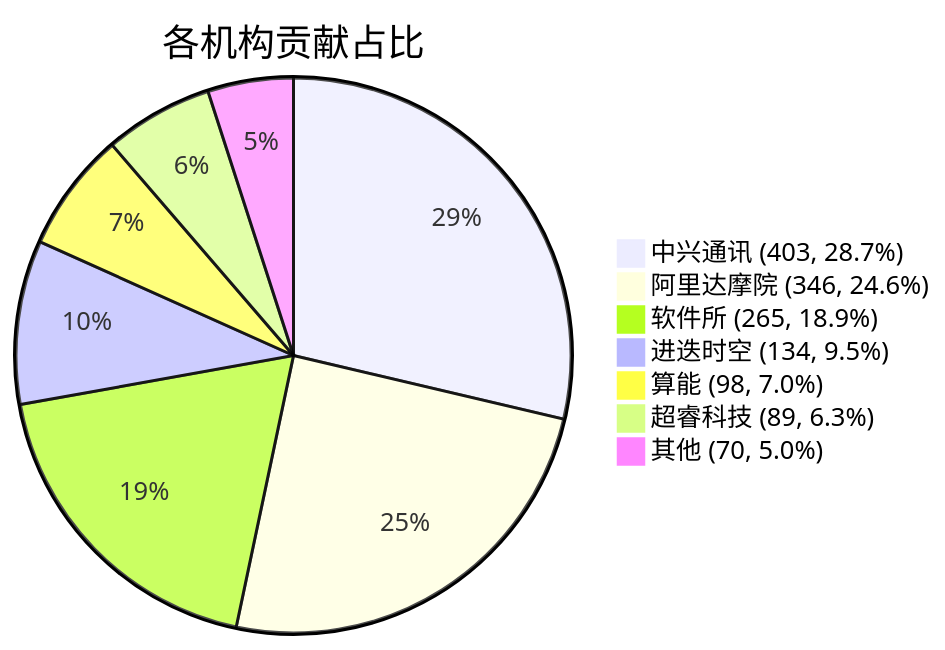
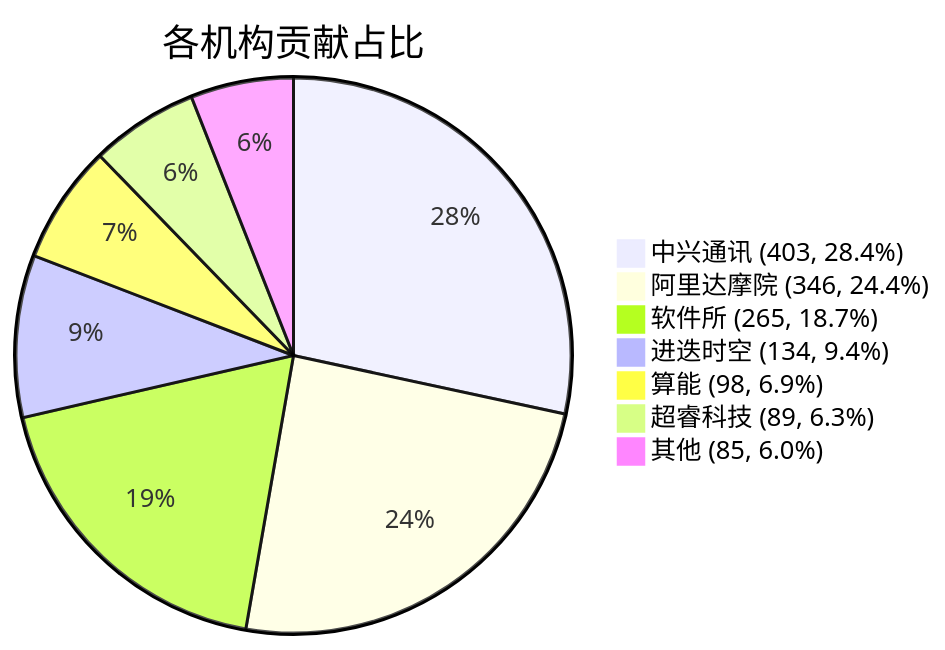
The diagram in docs/index.md (RVCK-Project/rvck), drawn with Mermaid before and after one commit. The commit also changed other lines of this file and 21 other files, not shown here.

````diff
--- a/docs/index.md
+++ b/docs/index.md
@@ -39,10 +39,10 @@
 ```mermaid
 pie title 各机构贡献占比
-    "中兴通讯 (403, 28.7%)" : 403
-    "阿里达摩院 (346, 24.6%)" : 346
-    "软件所 (265, 18.9%)" : 265
-    "进迭时空 (134, 9.5%)" : 134
-    "算能 (98, 7.0%)" : 98
+    "中兴通讯 (403, 28.4%)" : 403
+    "阿里达摩院 (346, 24.4%)" : 346
+    "软件所 (265, 18.7%)" : 265
+    "进迭时空 (134, 9.4%)" : 134
+    "算能 (98, 6.9%)" : 98
     "超睿科技 (89, 6.3%)" : 89
-    "其他 (70, 5.0%)" : 70
+    "其他 (85, 6.0%)" : 85
 ```
````
